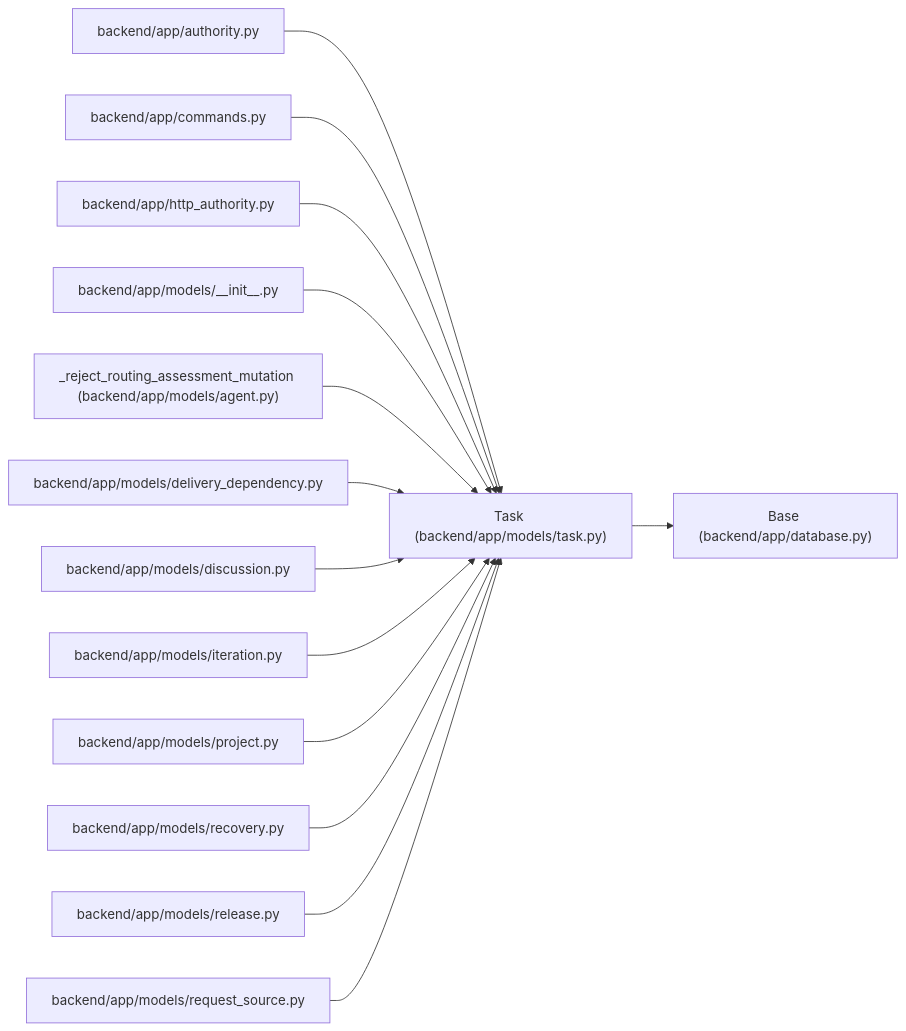
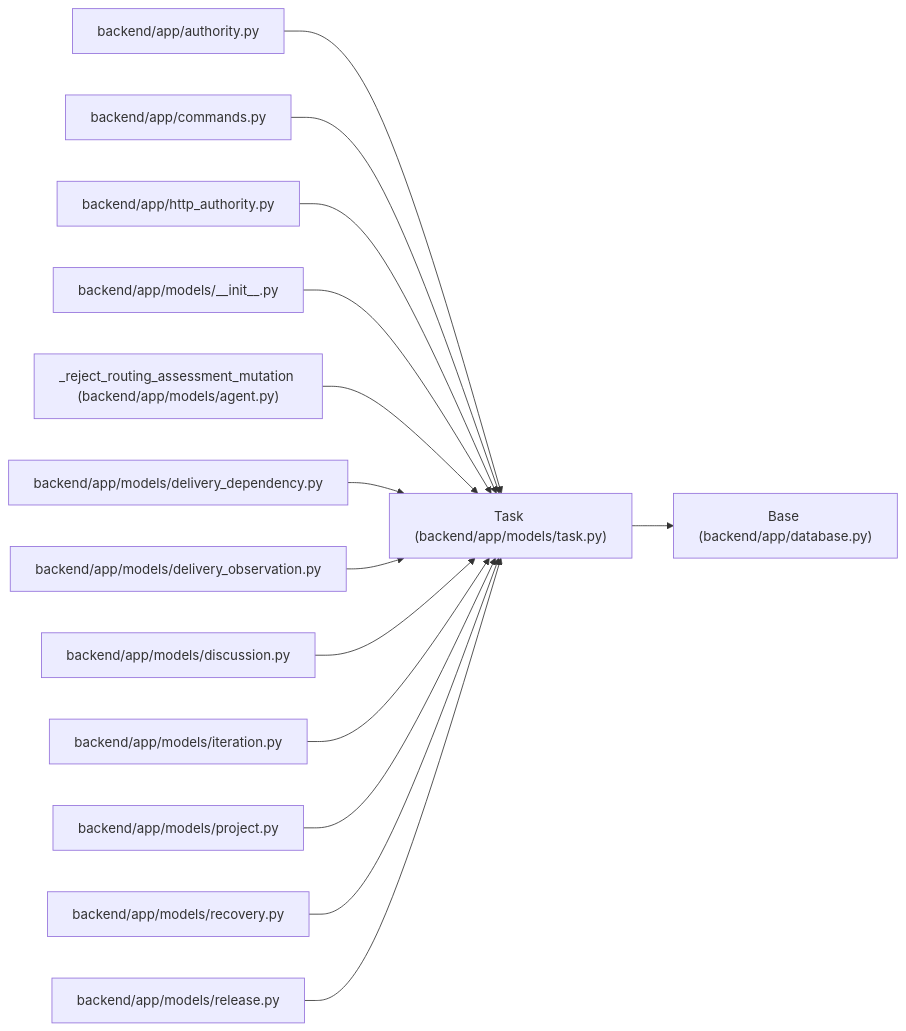
One commit to Denissvgn/WorkChord changed the diagram in docs/llm_wiki/entities/models_task_Task.md. Above: the diagram before and after it, drawn with Mermaid. The commit also changed other lines of this file and 6624 other files, not shown here.

````diff
--- a/docs/llm_wiki/entities/models_task_Task.md
+++ b/docs/llm_wiki/entities/models_task_Task.md
@@ -109,44 +109,44 @@
 ```mermaid
 flowchart LR
     n0["Task (backend/app/models/task.py)"]
     n1["Base (backend/app/database.py)"]
     n2["backend/app/authority.py"]
     n3["backend/app/commands.py"]
     n4["backend/app/http_authority.py"]
     n5["backend/app/models/__init__.py"]
     n6["_reject_routing_assessment_mutation (backend/app/models/agent.py)"]
     n7["backend/app/models/delivery_dependency.py"]
-    n8["backend/app/models/discussion.py"]
-    n9["backend/app/models/iteration.py"]
-    n10["backend/app/models/project.py"]
-    n11["backend/app/models/recovery.py"]
-    n12["backend/app/models/release.py"]
-    n13["backend/app/models/request_source.py"]
+    n8["backend/app/models/delivery_observation.py"]
+    n9["backend/app/models/discussion.py"]
+    n10["backend/app/models/iteration.py"]
+    n11["backend/app/models/project.py"]
+    n12["backend/app/models/recovery.py"]
+    n13["backend/app/models/release.py"]
     n0 --> n1
     n2 --> n0
     n3 --> n0
     n4 --> n0
     n5 --> n0
     n6 --> n0
     n7 --> n0
     n8 --> n0
     n9 --> n0
     n10 --> n0
     n11 --> n0
     n12 --> n0
     n13 --> n0
     click n0 "../modules/models_task.md"
     click n1 "../modules/app_database.md"
     click n2 "../modules/authority.md"
     click n3 "../modules/commands.md"
     click n4 "../modules/http_authority.md"
     click n5 "../modules/models___init__.md"
     click n6 "../modules/models_agent.md"
     click n7 "../modules/delivery_dependency.md"
-    click n8 "../modules/models_discussion.md"
-    click n9 "../modules/models_iteration.md"
-    click n10 "../modules/models_project.md"
-    click n11 "../modules/recovery.md"
-    click n12 "../modules/models_release.md"
-    click n13 "../modules/models_request_source.md"
+    click n8 "../modules/delivery_observation.md"
+    click n9 "../modules/models_discussion.md"
+    click n10 "../modules/models_iteration.md"
+    click n11 "../modules/models_project.md"
+    click n12 "../modules/recovery.md"
+    click n13 "../modules/models_release.md"
 ```
````
